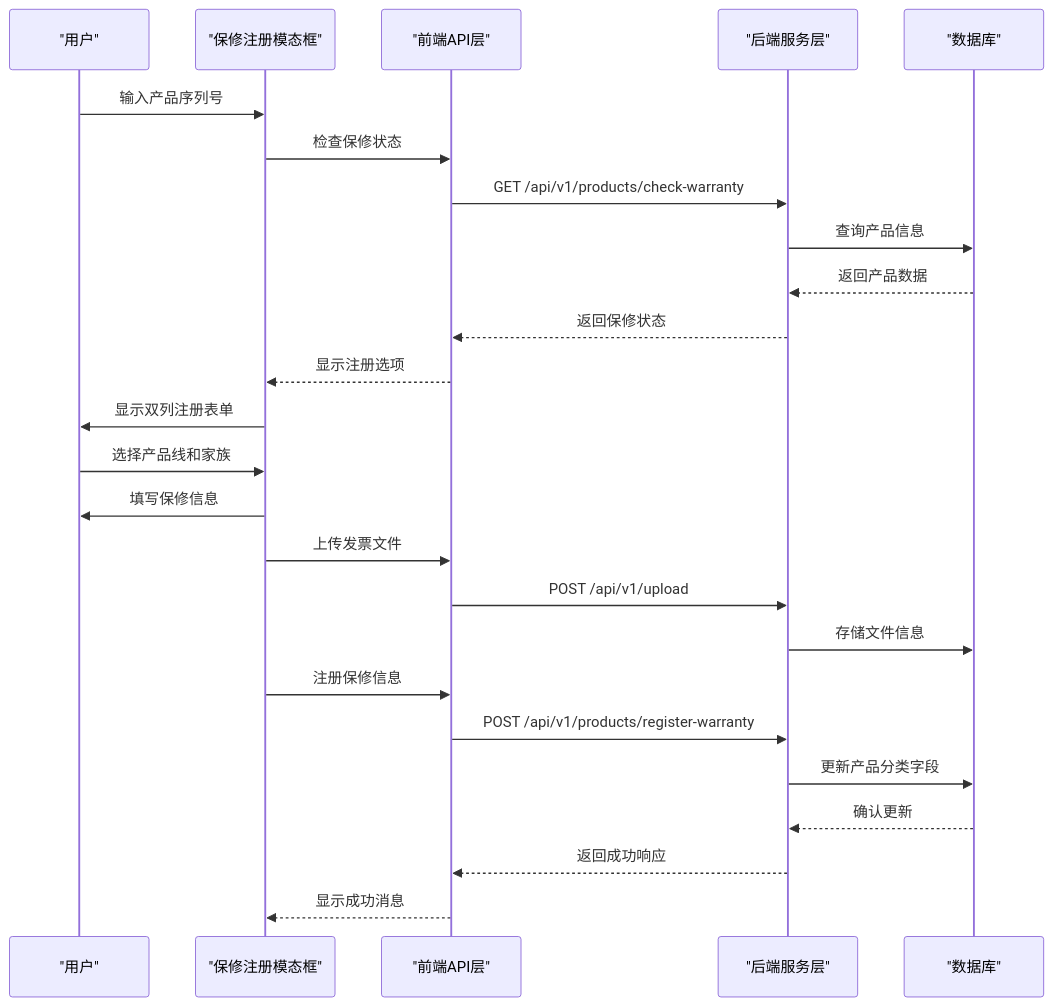
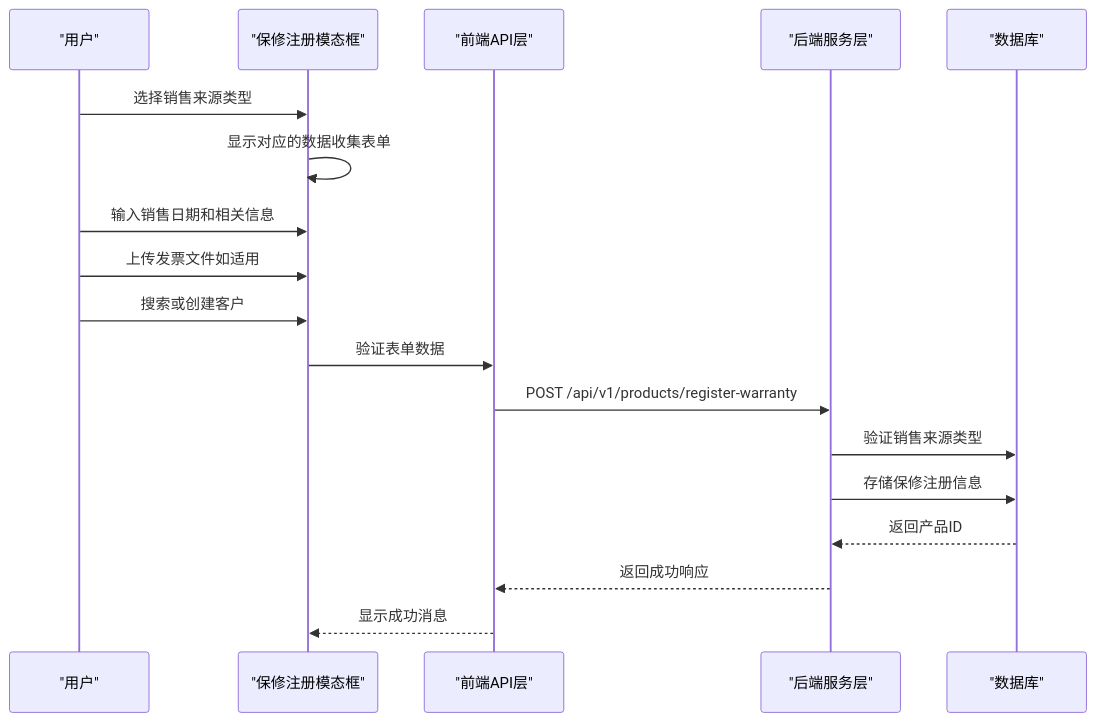
The third of 21 diagrams in .qoder/repowiki/zh/content/前端组件架构/保修注册模态框组件.md (CubeEdge/Longhorn), drawn with Mermaid before and after one commit. The commit also changed other lines of this file and 53 other files, not shown here.

````diff
--- a/.qoder/repowiki/zh/content/前端组件架构/保修注册模态框组件.md
+++ b/.qoder/repowiki/zh/content/前端组件架构/保修注册模态框组件.md
@@ -146,27 +175,20 @@
 ```mermaid
 sequenceDiagram
 participant 用户 as "用户"
 participant 模态框 as "保修注册模态框"
 participant 前端 as "前端API层"
 participant 后端 as "后端服务层"
 participant 数据库 as "数据库"
-用户->>模态框 : 输入产品序列号
-模态框->>前端 : 检查保修状态
-前端->>后端 : GET /api/v1/products/check-warranty
-后端->>数据库 : 查询产品信息
-数据库-->>后端 : 返回产品数据
-后端-->>前端 : 返回保修状态
-前端-->>模态框 : 显示注册选项
-模态框->>用户 : 显示双列注册表单
-用户->>模态框 : 选择产品线和家族
-模态框->>用户 : 填写保修信息
-模态框->>前端 : 上传发票文件
-前端->>后端 : POST /api/v1/upload
-后端->>数据库 : 存储文件信息
-模态框->>前端 : 注册保修信息
+用户->>模态框 : 选择销售来源类型
+模态框->>模态框 : 显示对应的数据收集表单
+用户->>模态框 : 输入销售日期和相关信息
+用户->>模态框 : 上传发票文件如适用
+用户->>模态框 : 搜索或创建客户
+模态框->>前端 : 验证表单数据
 前端->>后端 : POST /api/v1/products/register-warranty
-后端->>数据库 : 更新产品分类字段
-数据库-->>后端 : 确认更新
+后端->>数据库 : 验证销售来源类型
+后端->>数据库 : 存储保修注册信息
+数据库-->>后端 : 返回产品ID
 后端-->>前端 : 返回成功响应
 前端-->>模态框 : 显示成功消息
 ```
````
